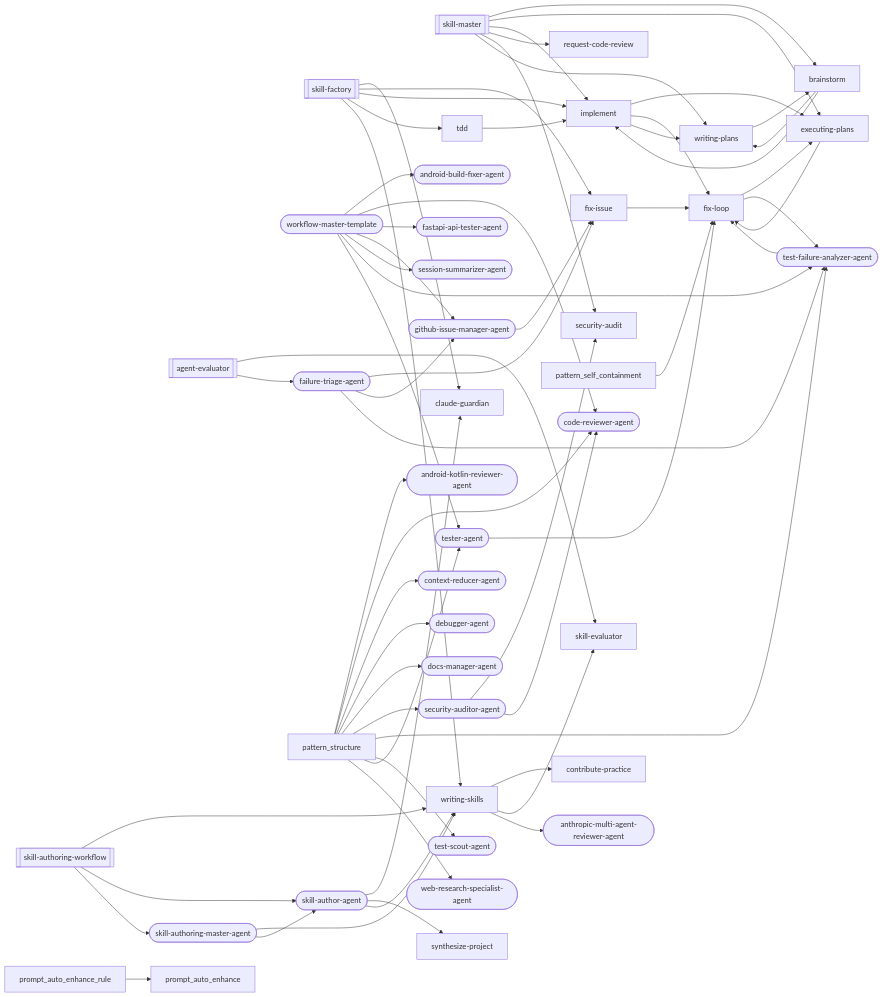
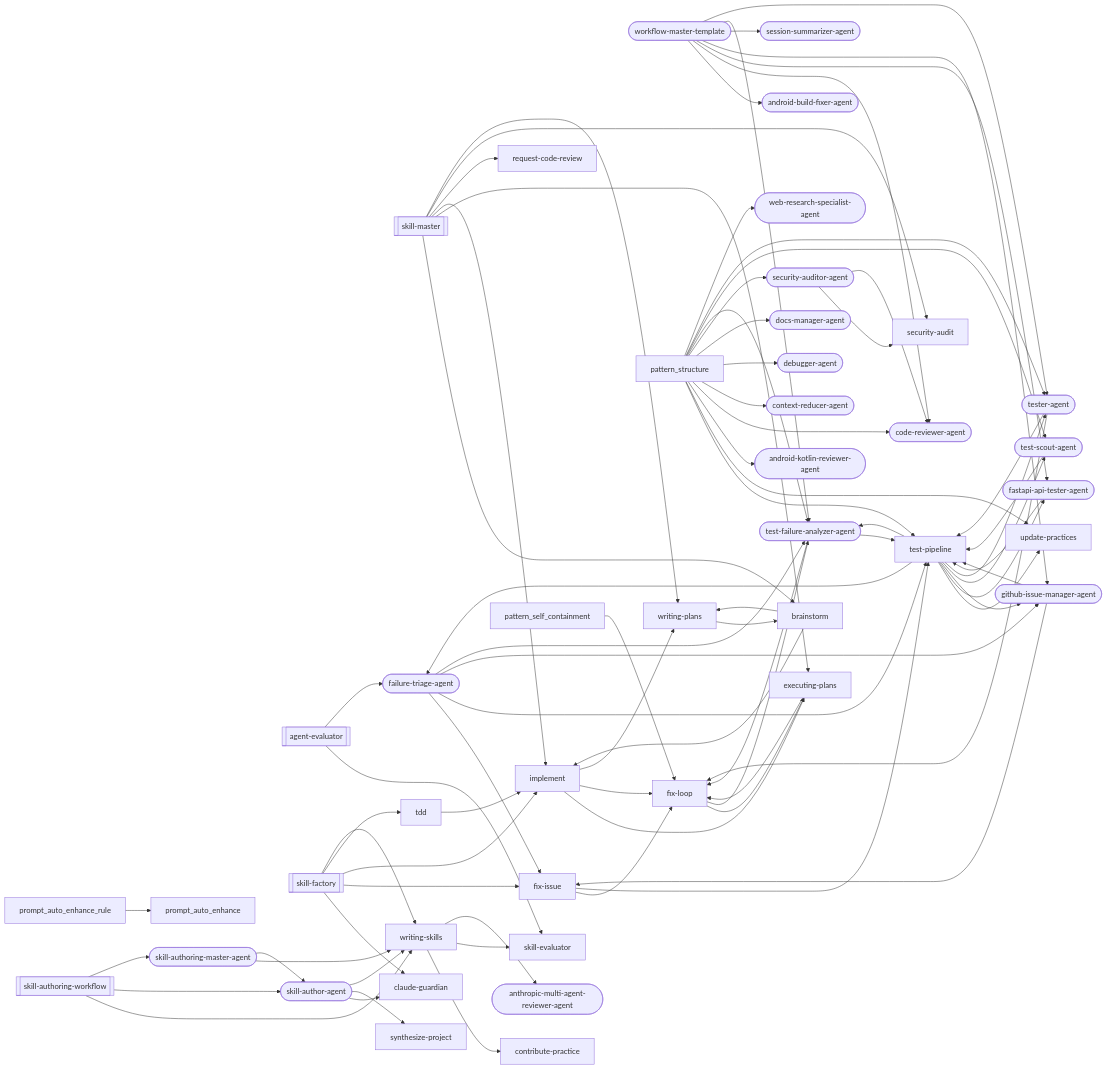
One commit to abhayla/claude-best-practices changed the third of 25 diagrams in docs/workflows/skill-authoring.md. Above: the diagram before and after it, drawn with Mermaid. The commit also changed other lines of this file and 12 other files, not shown here.

```diff
--- a/docs/workflows/skill-authoring.md
+++ b/docs/workflows/skill-authoring.md
@@ -573,8 +682,10 @@
     synthesize_project["synthesize-project"]
     tdd["tdd"]
     test_failure_analyzer_agent(["test-failure-analyzer-agent"])
+    test_pipeline["test-pipeline"]
     test_scout_agent(["test-scout-agent"])
     tester_agent(["tester-agent"])
+    update_practices["update-practices"]
     web_research_specialist_agent(["web-research-specialist-agent"])
     writing_plans["writing-plans"]
     writing_skills["writing-skills"]
@@ -584,6 +695,7 @@
     brainstorm --> writing_plans
     executing_plans --> fix_loop
     fix_issue --> fix_loop
+    fix_issue --> test_pipeline
     fix_loop --> executing_plans
     fix_loop --> test_failure_analyzer_agent
     implement --> executing_plans
@@ -604,14 +716,24 @@
     skill_master --> security_audit
     skill_master --> writing_plans
     tdd --> implement
+    test_pipeline --> update_practices
+    test_pipeline --> failure_triage_agent
+    test_pipeline --> fastapi_api_tester_agent
+    test_pipeline --> github_issue_manager_agent
+    test_pipeline --> test_failure_analyzer_agent
+    test_pipeline --> test_scout_agent
+    test_pipeline --> tester_agent
     writing_plans --> brainstorm
     writing_skills --> contribute_practice
     writing_skills --> skill_evaluator
     writing_skills --> anthropic_multi_agent_reviewer_agent
     failure_triage_agent --> fix_issue
+    failure_triage_agent --> test_pipeline
     failure_triage_agent --> github_issue_manager_agent
     failure_triage_agent --> test_failure_analyzer_agent
+    fastapi_api_tester_agent --> test_pipeline
     github_issue_manager_agent --> fix_issue
+    github_issue_manager_agent --> test_pipeline
     security_auditor_agent --> security_audit
     security_auditor_agent --> code_reviewer_agent
     skill_author_agent --> claude_guardian
@@ -620,7 +742,10 @@
     skill_authoring_master_agent --> writing_skills
     skill_authoring_master_agent --> skill_author_agent
     test_failure_analyzer_agent --> fix_loop
+    test_failure_analyzer_agent --> test_pipeline
+    test_scout_agent --> test_pipeline
     tester_agent --> fix_loop
+    tester_agent --> test_pipeline
     workflow_master_template --> android_build_fixer_agent
     workflow_master_template --> code_reviewer_agent
     workflow_master_template --> fastapi_api_tester_agent
@@ -629,6 +754,8 @@
     workflow_master_template --> test_failure_analyzer_agent
     workflow_master_template --> tester_agent
     pattern_self_containment --> fix_loop
+    pattern_structure --> test_pipeline
+    pattern_structure --> update_practices
     pattern_structure --> android_kotlin_reviewer_agent
     pattern_structure --> code_reviewer_agent
     pattern_structure --> context_reducer_agent
```
